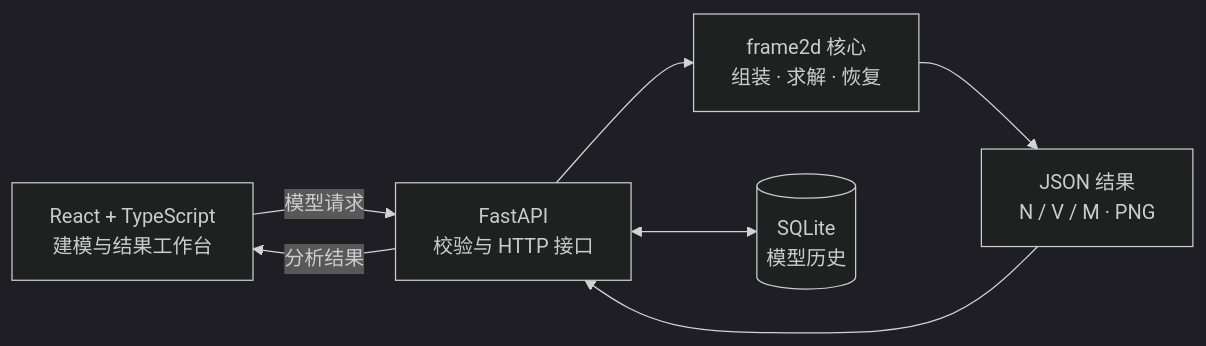
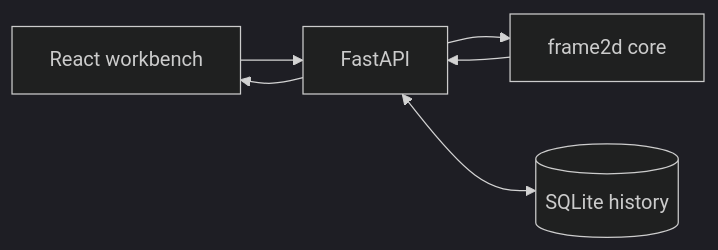
Before and after one commit to feizhang233/Frame-Studio: the diagram in README.md, drawn with Mermaid (dark theme). The commit also changed other lines of this file and 14 other files, not shown here.

````diff
--- a/README.md
+++ b/README.md
@@ -32,15 +112,13 @@
 ```mermaid
 flowchart LR
-    UI["React + TypeScript<br/>建模与结果工作台"]
-    API["FastAPI<br/>校验与 HTTP 接口"]
-    FEM["frame2d 核心<br/>组装 · 求解 · 恢复"]
-    OUT["JSON 结果<br/>N / V / M · PNG"]
-    DB[("SQLite<br/>模型历史")]
+    UI["React workbench"]
+    API["FastAPI"]
+    FEM["frame2d core"]
+    DB[("SQLite history")]
 
-    UI -->|"模型请求"| API
+    UI --> API
     API --> FEM
-    FEM --> OUT
-    OUT --> API
-    API -->|"分析结果"| UI
+    FEM --> API
+    API --> UI
     API <--> DB
 ```
````
